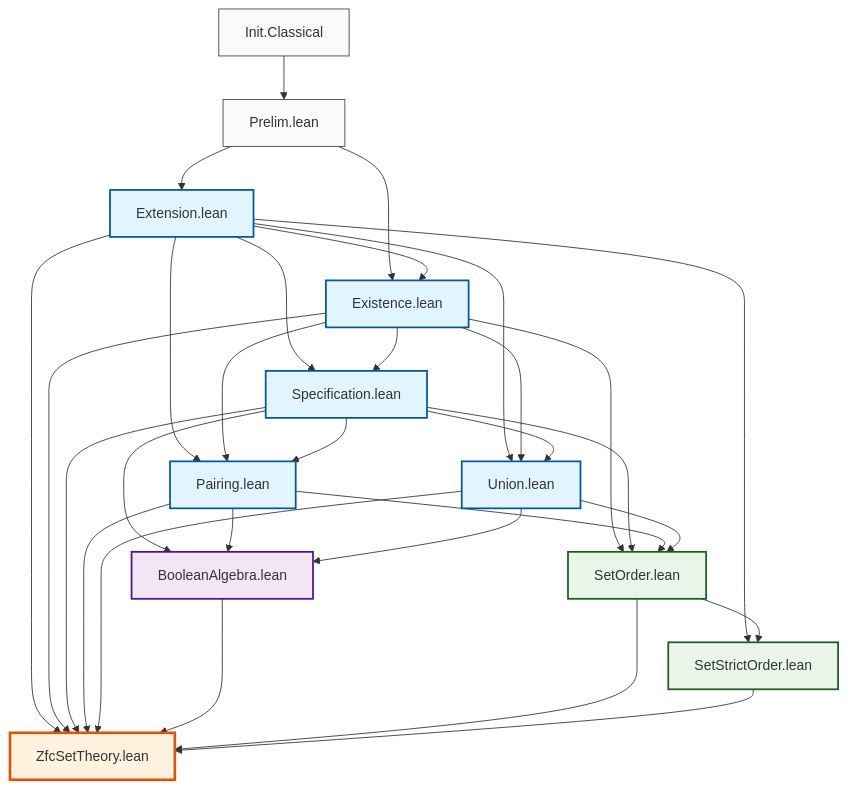
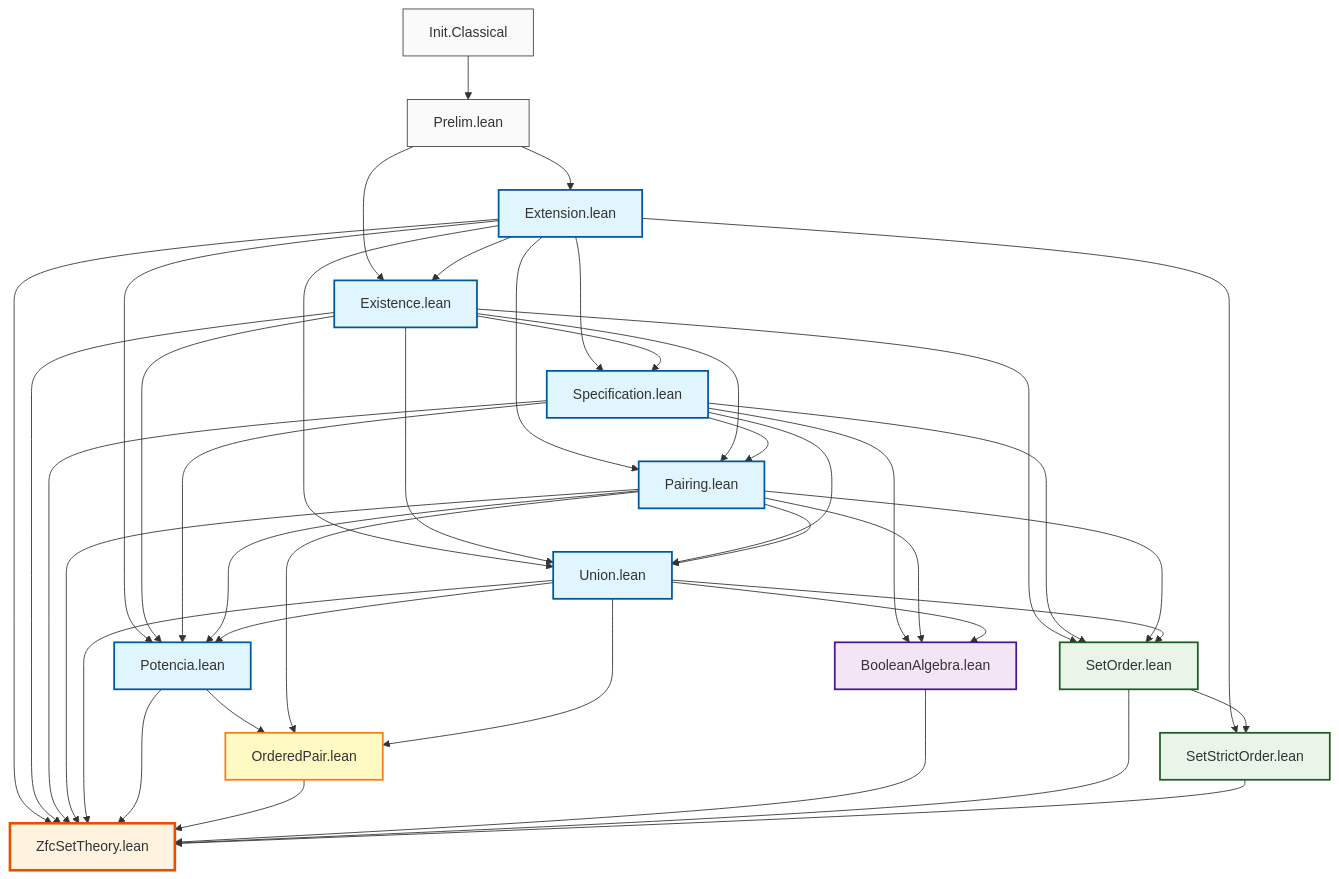
One commit to julian1c2a/ZfcSetTheory changed the diagram in DEPENDENCIES.md. Above: the diagram before and after it, drawn with Mermaid. The commit also changed other lines of this file and 3 other files, not shown here.

````diff
--- a/DEPENDENCIES.md
+++ b/DEPENDENCIES.md
@@ -21,58 +25,73 @@
 ```mermaid
 graph TD
     %% Nivel 0: Fundamentos
     IC[Init.Classical] --> P[Prelim.lean]
     
     %% Nivel 1: Axiomas básicos
     P --> E[Extension.lean]
     P --> Ex[Existence.lean]
     
     %% Nivel 2: Axiomas que dependen de Extension
     E --> Ex
     E --> S[Specification.lean]
     E --> Pa[Pairing.lean]
     E --> U[Union.lean]
+    E --> Pot[Potencia.lean]
     
     %% Nivel 3: Axiomas que dependen de Existence
     Ex --> S
     Ex --> Pa
     Ex --> U
+    Ex --> Pot
     
     %% Nivel 4: Axiomas complejos
     S --> Pa
     S --> U
+    S --> Pot
+    Pa --> U
+    Pa --> Pot
+    U --> Pot
     
-    %% Nivel 5: Álgebras y órdenes
+    %% Nivel 5: Extensiones del Par Ordenado
+    Pot --> OP[OrderedPair.lean]
+    Pa --> OP
+    U --> OP
+    
+    %% Nivel 6: Álgebras y órdenes
     E --> SSO[SetStrictOrder.lean]
     Ex --> SO[SetOrder.lean]
     S --> SO
     Pa --> SO
     U --> SO
     SO --> SSO
     S --> BA[BooleanAlgebra.lean]
     Pa --> BA
     U --> BA
     
-    %% Nivel 6: Módulo principal
+    %% Nivel 7: Módulo principal
     E --> Z[ZfcSetTheory.lean]
     Ex --> Z
     S --> Z
     Pa --> Z
     U --> Z
+    Pot --> Z
+    OP --> Z
     BA --> Z
     SO --> Z
     SSO --> Z
     
     %% Estilos
     classDef axiom fill:#e1f5fe,stroke:#01579b,stroke-width:2px
     classDef algebra fill:#f3e5f5,stroke:#4a148c,stroke-width:2px
     classDef order fill:#e8f5e8,stroke:#1b5e20,stroke-width:2px
+    classDef extension fill:#fff9c4,stroke:#f57f17,stroke-width:2px
     classDef main fill:#fff3e0,stroke:#e65100,stroke-width:3px
     classDef external fill:#fafafa,stroke:#424242,stroke-width:1px
     
-    class E,Ex,S,Pa,U axiom
+    class E,Ex,S,Pa,U,Pot axiom
     class BA algebra
     class SO,SSO order
+    class OP extension
     class Z main
     class IC,P external
 ```
````
